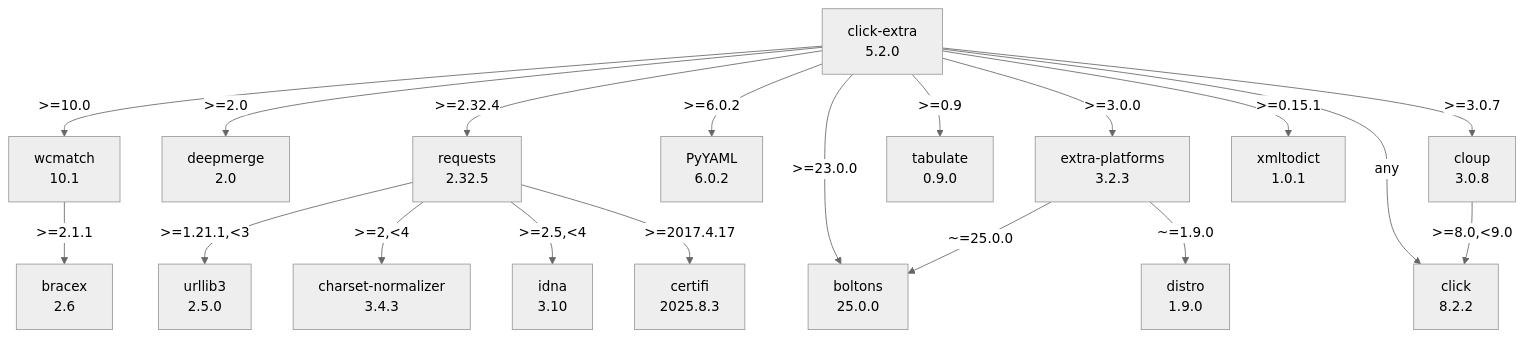
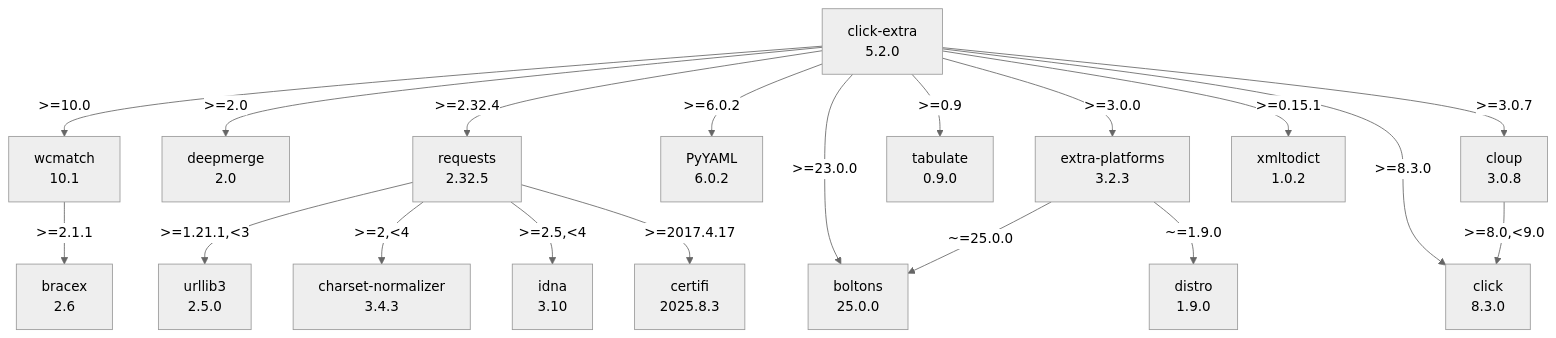
One commit to kdeldycke/click-extra changed the diagram in docs/assets/dependencies.mmd. Above: the diagram before and after it, drawn with Mermaid (neutral theme).

Commit message:
[autofix] Regenerate dependency graph

```diff
--- a/docs/assets/dependencies.mmd
+++ b/docs/assets/dependencies.mmd
@@ -1,37 +1,37 @@
 flowchart TD
     classDef missing stroke-dasharray: 5
     boltons["boltons\n25.0.0"]
     bracex["bracex\n2.6"]
     certifi["certifi\n2025.8.3"]
     charset-normalizer["charset-normalizer\n3.4.3"]
     click-extra["click-extra\n5.2.0"]
-    click_0["click\n8.2.2"]
+    click_0["click\n8.3.0"]
     cloup["cloup\n3.0.8"]
     deepmerge["deepmerge\n2.0"]
     distro["distro\n1.9.0"]
     extra-platforms["extra-platforms\n3.2.3"]
     idna["idna\n3.10"]
     pyyaml["PyYAML\n6.0.2"]
     requests["requests\n2.32.5"]
     tabulate["tabulate\n0.9.0"]
     urllib3["urllib3\n2.5.0"]
     wcmatch["wcmatch\n10.1"]
-    xmltodict["xmltodict\n1.0.1"]
+    xmltodict["xmltodict\n1.0.2"]
     click-extra -- ">=0.15.1" --> xmltodict
     click-extra -- ">=0.9" --> tabulate
     click-extra -- ">=10.0" --> wcmatch
     click-extra -- ">=2.0" --> deepmerge
     click-extra -- ">=2.32.4" --> requests
     click-extra -- ">=23.0.0" --> boltons
     click-extra -- ">=3.0.0" --> extra-platforms
     click-extra -- ">=3.0.7" --> cloup
     click-extra -- ">=6.0.2" --> pyyaml
-    click-extra -- "any" --> click_0
+    click-extra -- ">=8.3.0" --> click_0
     cloup -- ">=8.0,<9.0" --> click_0
     extra-platforms -- "~=1.9.0" --> distro
     extra-platforms -- "~=25.0.0" --> boltons
     requests -- ">=1.21.1,<3" --> urllib3
     requests -- ">=2,<4" --> charset-normalizer
     requests -- ">=2.5,<4" --> idna
     requests -- ">=2017.4.17" --> certifi
     wcmatch -- ">=2.1.1" --> bracex
```
